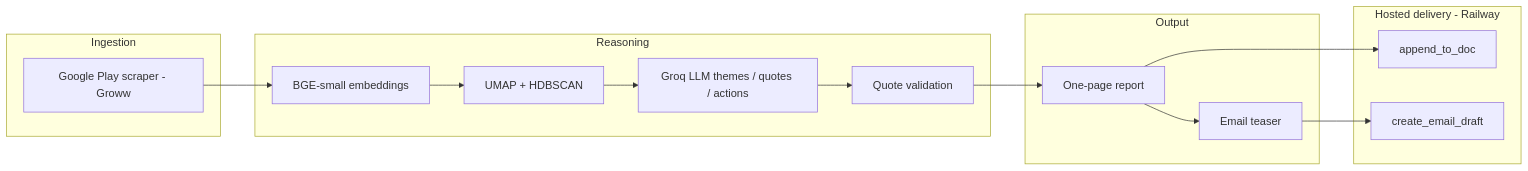
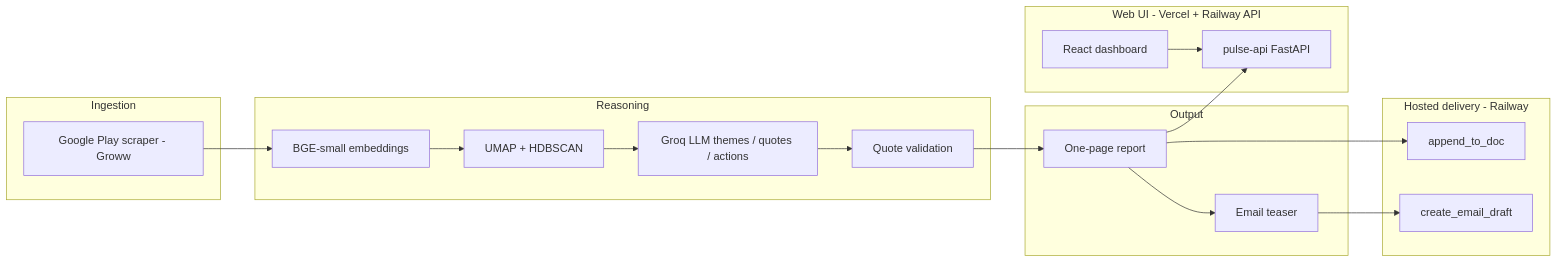
Before and after one commit to barath-srinivas/Product_Pulse_UI: the diagram in docs/context.md, drawn with Mermaid. The commit also changed other lines of this file and 62 other files, not shown here.

First line of the commit message:
Add React dashboard, FastAPI backend, and Railway/Vercel deployment docs.

````diff
--- a/docs/context.md
+++ b/docs/context.md
@@ -215,24 +243,30 @@
 ```mermaid
 flowchart LR
   subgraph ingest [Ingestion]
     GP[Google Play scraper - Groww]
   end
   subgraph reason [Reasoning]
     EMB[BGE-small embeddings]
     CLU[UMAP + HDBSCAN]
     LLM[Groq LLM themes / quotes / actions]
     VAL[Quote validation]
   end
   subgraph output [Output]
     RPT[One-page report]
     EM[Email teaser]
   end
   subgraph mcp [Hosted delivery - Railway]
     DOC[append_to_doc]
     MAIL[create_email_draft]
   end
+  subgraph ui [Web UI - Vercel + Railway API]
+    WEB[React dashboard]
+    API[pulse-api FastAPI]
+  end
   GP --> EMB
   EMB --> CLU --> LLM --> VAL --> RPT
   RPT --> DOC
   RPT --> EM --> MAIL
+  RPT --> API
+  WEB --> API
 ```
````
